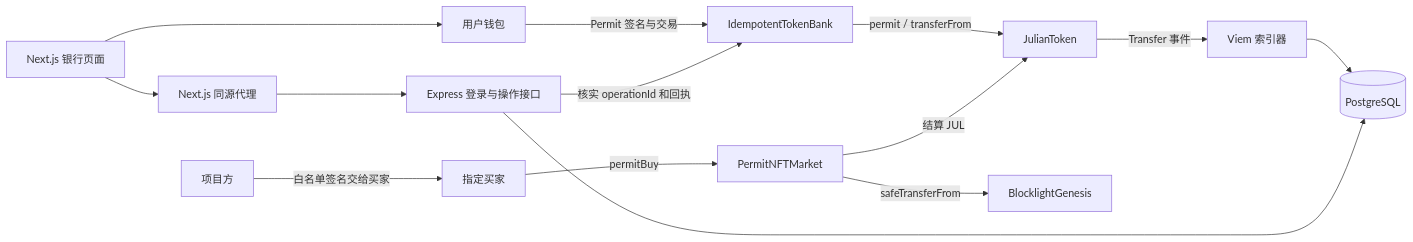
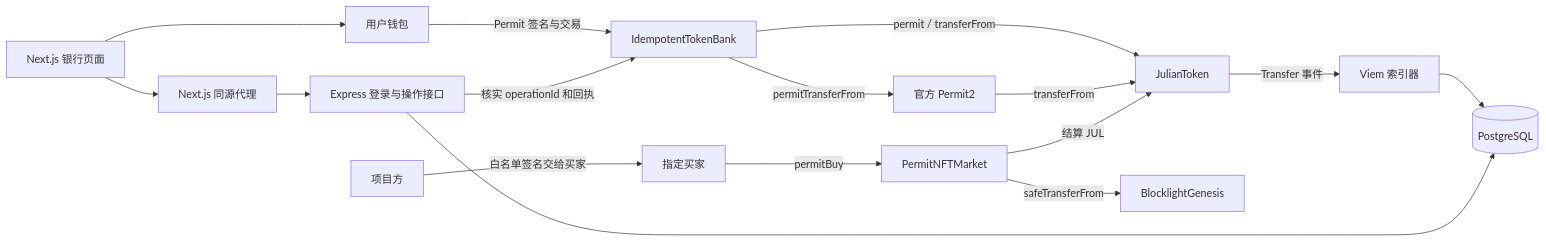
The diagram in eip712-permit-16/README.md (woyaofei303/block-chain-list), drawn with Mermaid before and after one commit. The commit also changed other lines of this file and 46 other files, not shown here.

Commit message:
feat(permit2): add signature deposits to existing token bank

````diff
--- a/eip712-permit-16/README.md
+++ b/eip712-permit-16/README.md
@@ -53,16 +57,18 @@
 ```mermaid
 flowchart LR
   UI[Next.js 银行页面] --> Wallet[用户钱包]
   Wallet -->|Permit 签名与交易| Bank[IdempotentTokenBank]
   Bank -->|permit / transferFrom| Token[JulianToken]
+  Bank -->|permitTransferFrom| Permit2[官方 Permit2]
+  Permit2 -->|transferFrom| Token
   UI --> Proxy[Next.js 同源代理]
   Proxy --> API[Express 登录与操作接口]
   API -->|核实 operationId 和回执| Bank
   Token -->|Transfer 事件| Indexer[Viem 索引器]
   Indexer --> DB[(PostgreSQL)]
   API --> DB
   Issuer[项目方] -->|白名单签名交给买家| Buyer[指定买家]
   Buyer -->|permitBuy| Market[PermitNFTMarket]
   Market -->|结算 JUL| Token
   Market -->|safeTransferFrom| NFT[BlocklightGenesis]
 ```
````
